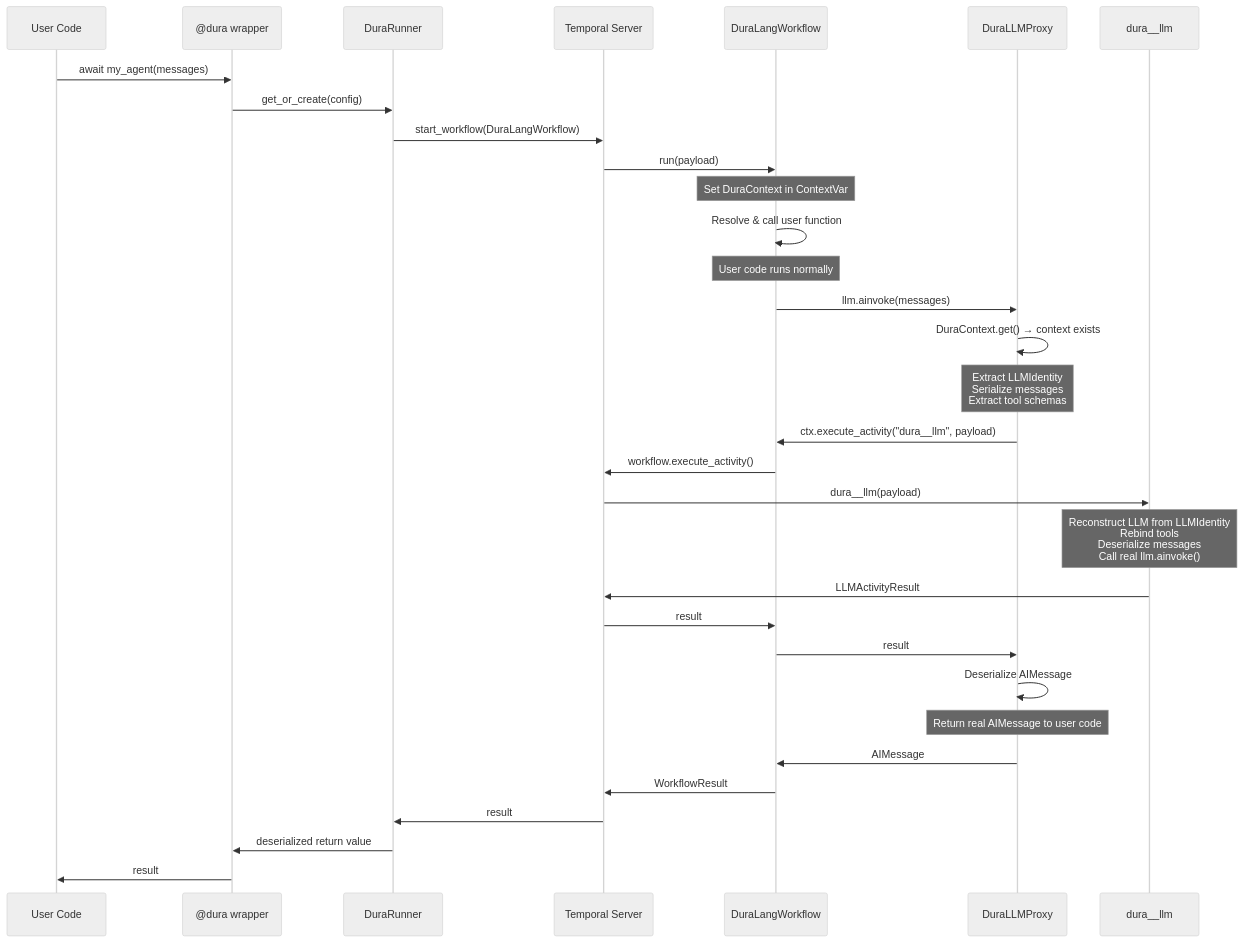
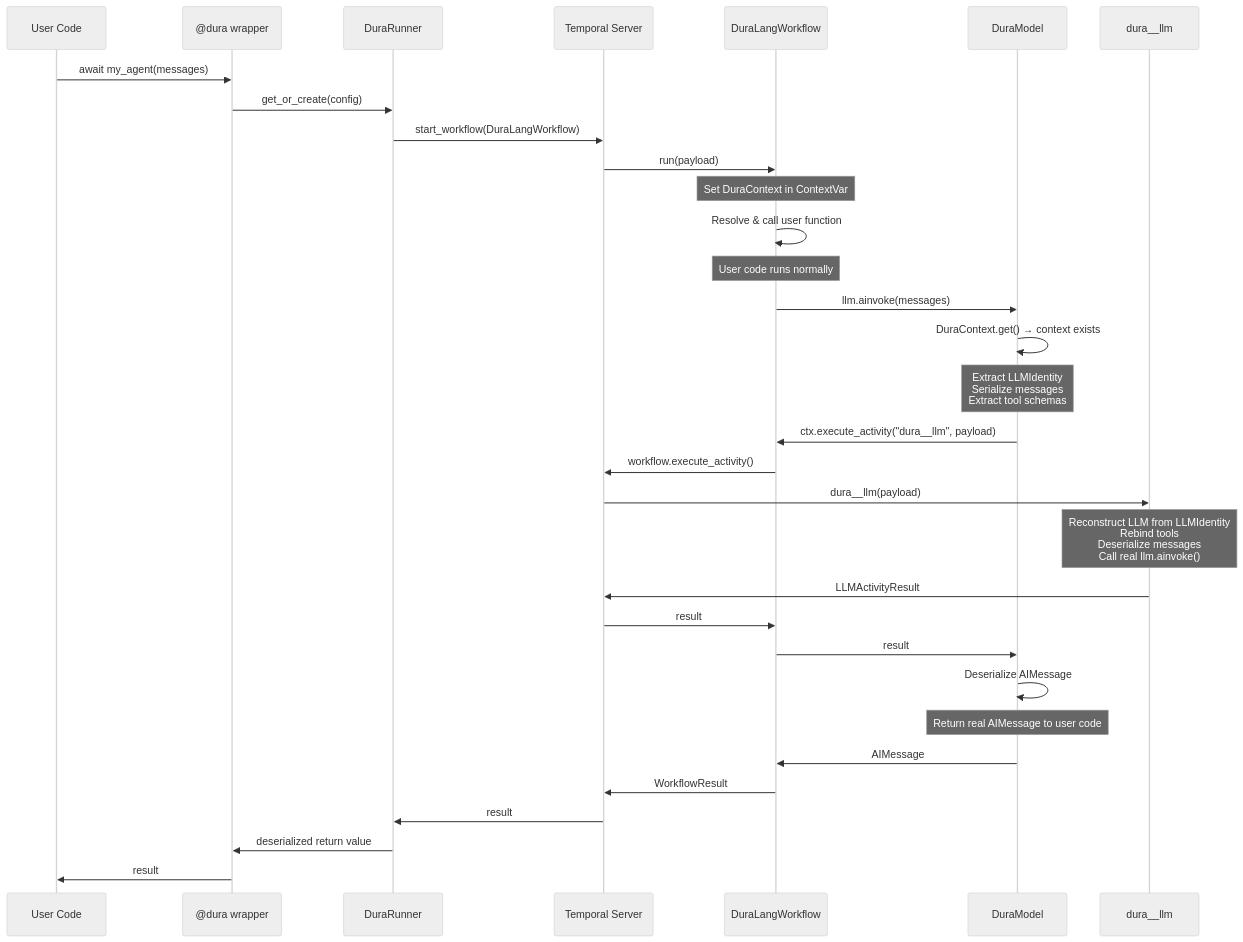
One commit to deepansh-saxena/DuraLang changed the second of 8 diagrams in docs/architecture.md. Above: the diagram before and after it, drawn with Mermaid (neutral theme). The commit also changed other lines of this file and 97 other files, not shown here.

````diff
--- a/docs/architecture.md
+++ b/docs/architecture.md
@@ -72,45 +67,45 @@
 ```mermaid
 sequenceDiagram
     participant User as User Code
     participant Decorator as @dura wrapper
     participant Runner as DuraRunner
     participant Temporal as Temporal Server
     participant Workflow as DuraLangWorkflow
-    participant Proxy as DuraLLMProxy
+    participant Proxy as DuraModel
     participant Activity as dura__llm
 
     User->>Decorator: await my_agent(messages)
     Decorator->>Runner: get_or_create(config)
     Runner->>Temporal: start_workflow(DuraLangWorkflow)
     Temporal->>Workflow: run(payload)
 
     Note over Workflow: Set DuraContext in ContextVar
 
     Workflow->>Workflow: Resolve & call user function
 
     Note over Workflow: User code runs normally
 
     Workflow->>Proxy: llm.ainvoke(messages)
     Proxy->>Proxy: DuraContext.get() → context exists
 
     Note over Proxy: Extract LLMIdentity<br/>Serialize messages<br/>Extract tool schemas
 
     Proxy->>Workflow: ctx.execute_activity("dura__llm", payload)
     Workflow->>Temporal: workflow.execute_activity()
     Temporal->>Activity: dura__llm(payload)
 
     Note over Activity: Reconstruct LLM from LLMIdentity<br/>Rebind tools<br/>Deserialize messages<br/>Call real llm.ainvoke()
 
     Activity->>Temporal: LLMActivityResult
     Temporal->>Workflow: result
     Workflow->>Proxy: result
     Proxy->>Proxy: Deserialize AIMessage
 
     Note over Proxy: Return real AIMessage to user code
 
     Proxy->>Workflow: AIMessage
     Workflow->>Temporal: WorkflowResult
     Temporal->>Runner: result
     Runner->>Decorator: deserialized return value
     Decorator->>User: result
 ```
````
